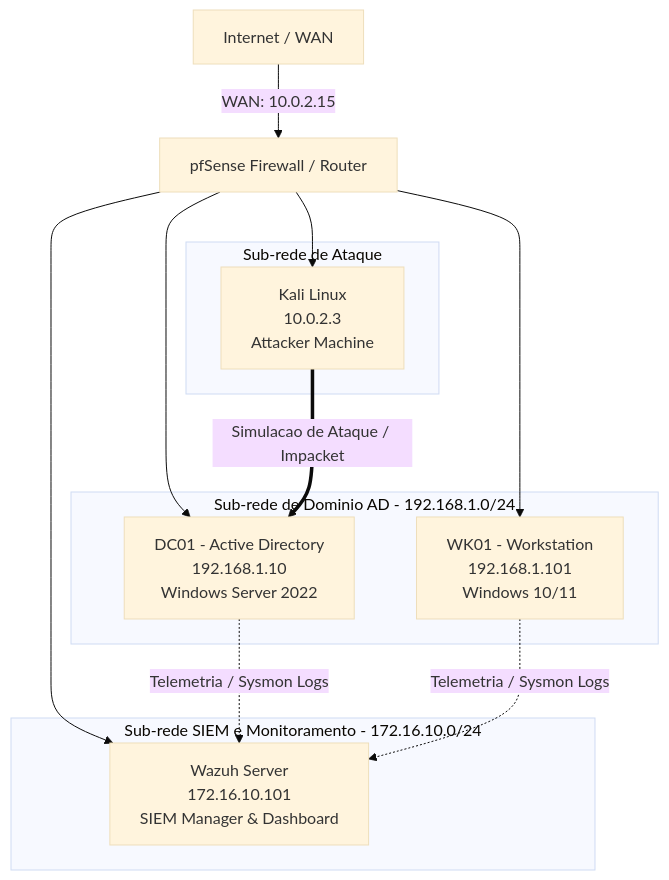
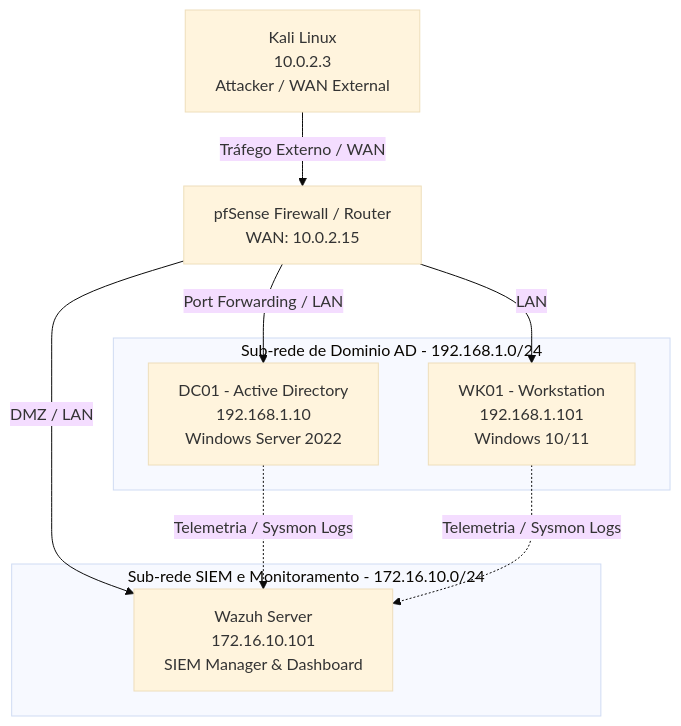
Before and after one commit to geoli2021/wazuh-detection-lab: the diagram in README.md, drawn with Mermaid (base theme).

````diff
--- a/README.md
+++ b/README.md
@@ -28,26 +28,20 @@
 ```mermaid
 graph TD
-    Internet[Internet / WAN] -->|WAN: 10.0.2.15| pfSense[pfSense Firewall / Router]
-    
-    subgraph AttackerSubnet ["Sub-rede de Ataque"]
-        Kali[Kali Linux<br>10.0.2.3<br>Attacker Machine]
-    end
+    Kali[Kali Linux<br>10.0.2.3<br>Attacker / WAN External] -->|Tráfego Externo / WAN| pfSense[pfSense Firewall / Router<br>WAN: 10.0.2.15]
 
     subgraph ADSubnet ["Sub-rede de Dominio AD - 192.168.1.0/24"]
         DC01[DC01 - Active Directory<br>192.168.1.10<br>Windows Server 2022]
         WK01[WK01 - Workstation<br>192.168.1.101<br>Windows 10/11]
     end
 
     subgraph SIEMSubnet ["Sub-rede SIEM e Monitoramento - 172.16.10.0/24"]
         Wazuh[Wazuh Server<br>172.16.10.101<br>SIEM Manager & Dashboard]
     end
 
-    pfSense --> Kali
-    pfSense --> DC01
-    pfSense --> WK01
-    pfSense --> Wazuh
+    pfSense -->|Port Forwarding / LAN| DC01
+    pfSense -->|LAN| WK01
+    pfSense -->|DMZ / LAN| Wazuh
 
     DC01 -.->|Telemetria / Sysmon Logs| Wazuh
     WK01 -.->|Telemetria / Sysmon Logs| Wazuh
-    Kali ==>|Simulacao de Ataque / Impacket| DC01
 ```
````
